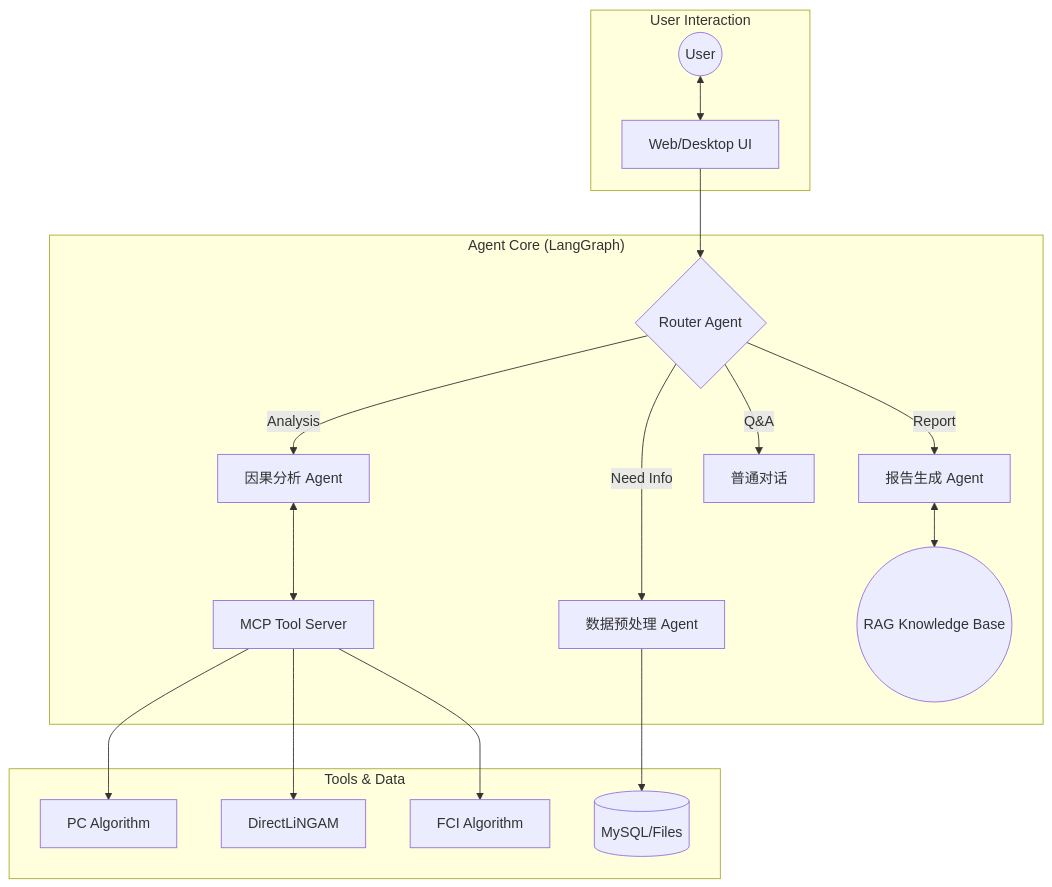
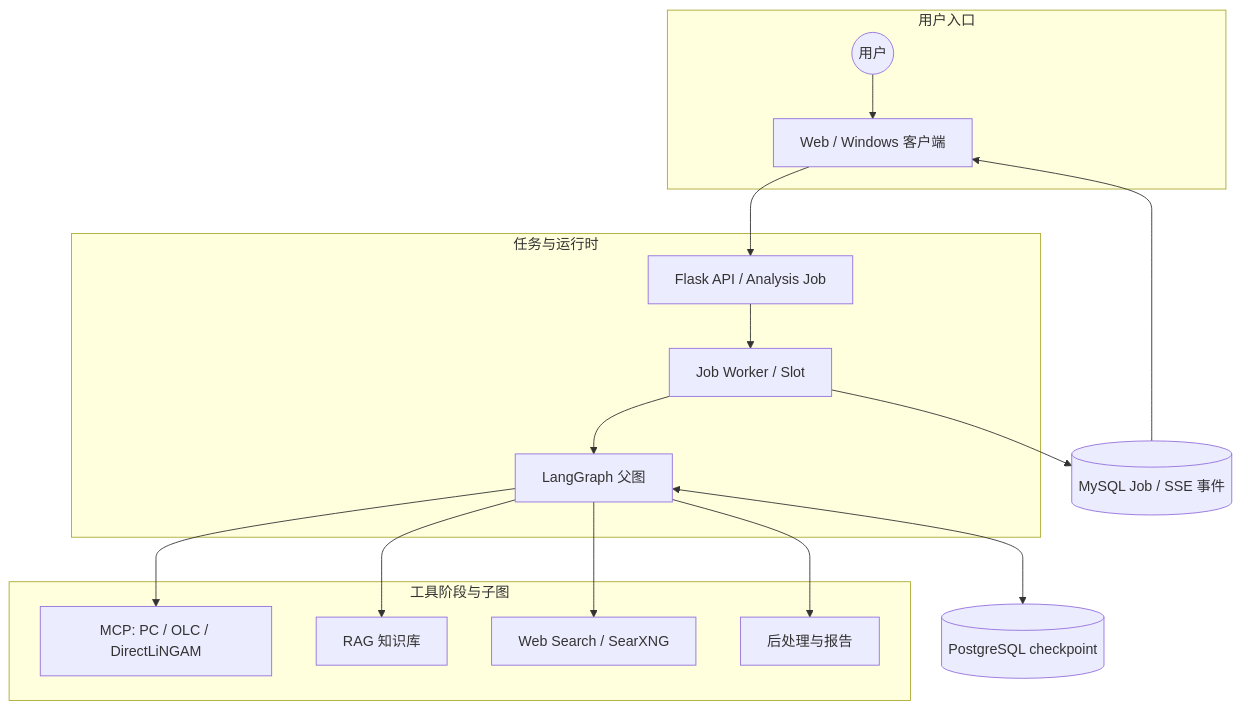
Before and after one commit to Heyflyingpig/CausalAgent: the first of 2 diagrams in README.md, drawn with Mermaid. The commit also changed other lines of this file and 5 other files, not shown here.

````diff
--- a/README.md
+++ b/README.md
@@ -121,25 +127,20 @@
 ```mermaid
 graph TD;
-    subgraph "User Interaction"
-        Human((User)) <--> UI[Web/Desktop UI]
+    subgraph "用户入口"
+        User((用户)) --> UI[Web / Windows 客户端]
     end
-
-    subgraph "Agent Core (LangGraph)"
-        UI --> Router{Router Agent}
-        Router -->|Need Info| Pre[数据预处理 Agent]
-        Router -->|Analysis| Causal[因果分析 Agent]
-        Router -->|Report| Writer[报告生成 Agent]
-        Router -->|Q&A| Chat[普通对话]
-
-        Causal <--> MCP[MCP Tool Server]
-        Writer <--> RAG((RAG Knowledge Base))
+    subgraph "任务与运行时"
+        UI --> API[Flask API / Analysis Job]
+        API --> Worker[Job Worker / Slot]
+        Worker --> Graph[LangGraph 父图]
     end
-
-    subgraph "Tools & Data"
-        MCP --> PC[PC Algorithm]
-        MCP --> DirectLiNGAM[DirectLiNGAM]
-        MCP --> FCI[FCI Algorithm]
-        Pre --> Data[(MySQL/Files)]
+    subgraph "工具阶段与子图"
+        Graph --> MCP[MCP: PC / OLC / DirectLiNGAM]
+        Graph --> RAG[RAG 知识库]
+        Graph --> Search[Web Search / SearXNG]
+        Graph --> Report[后处理与报告]
     end
-
+    Worker --> Events[(MySQL Job / SSE 事件)]
+    Graph <--> Checkpoint[(PostgreSQL checkpoint)]
+    Events --> UI
 ```
````
